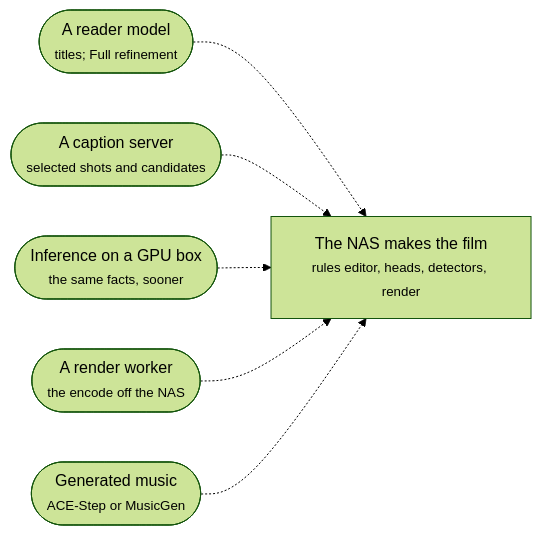
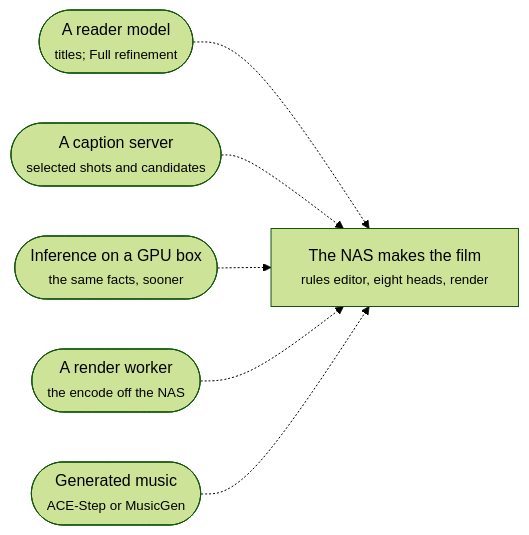
The diagram in docs-site/docs/better/overview.md (sam-dumont/immich-memories), drawn with Mermaid (forest theme) before and after one commit. The commit also changed other lines of this file and 36 other files, not shown here.

Commit message:
perf(nas): keep model detectors on GPU and full tiers

````diff
--- a/docs-site/docs/better/overview.md
+++ b/docs-site/docs/better/overview.md
@@ -15,9 +15,9 @@
 ```mermaid
 flowchart LR
-    nas["The NAS makes the film<br/><small>rules editor, heads, detectors, render</small>"]
+    nas["The NAS makes the film<br/><small>rules editor, eight heads, render</small>"]
     reader(["A reader model<br/><small>titles; Full refinement</small>"]) -.-> nas
     captions(["A caption server<br/><small>selected shots and candidates</small>"]) -.-> nas
     inference(["Inference on a GPU box<br/><small>the same facts, sooner</small>"]) -.-> nas
     render(["A render worker<br/><small>the encode off the NAS</small>"]) -.-> nas
     music(["Generated music<br/><small>ACE-Step or MusicGen</small>"]) -.-> nas
 ```
````
